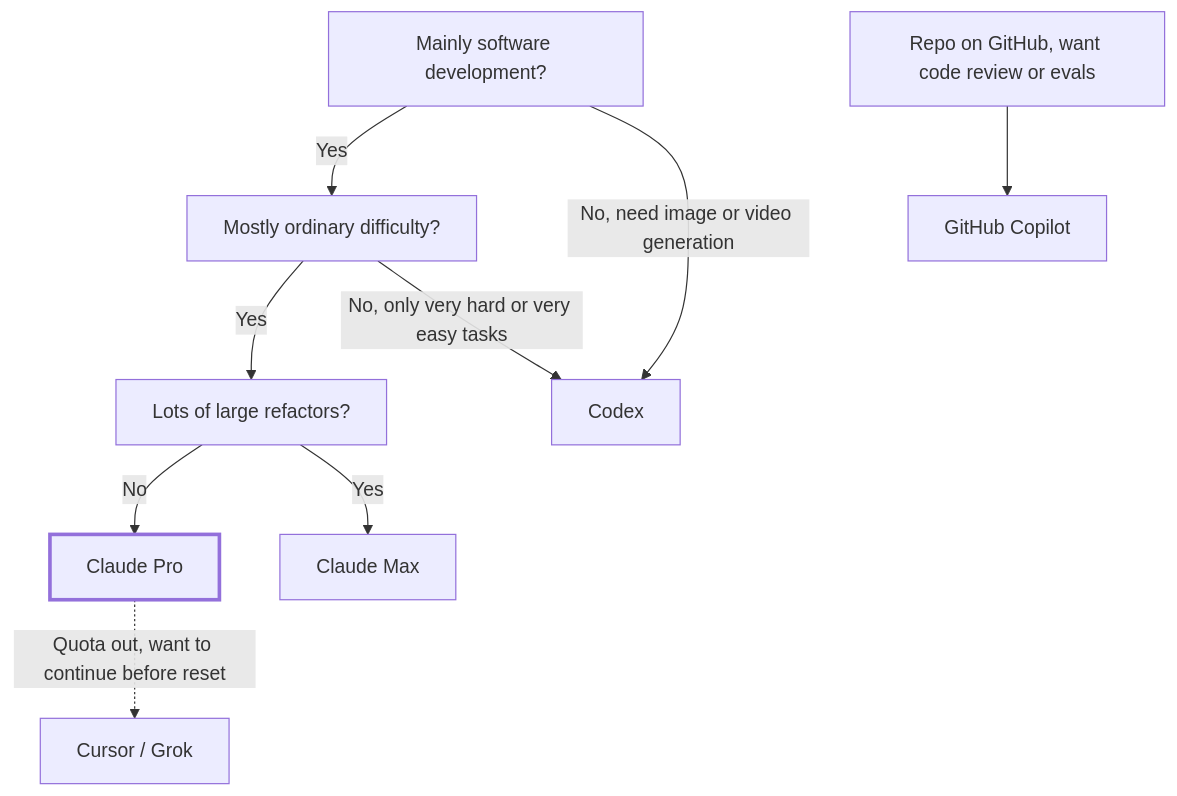
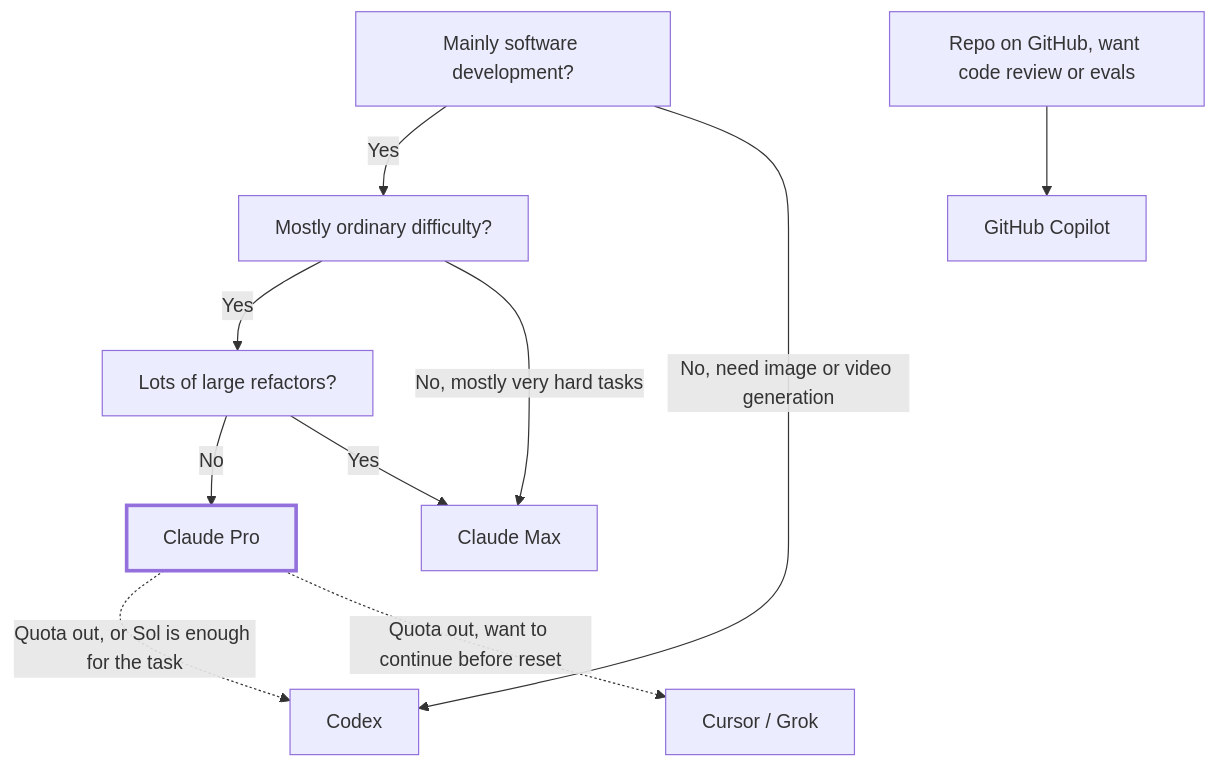
Before and after one commit to akunzai/akunzai.github.io: the diagram in src/content/docs/en/blog/pro-is-enough.md, drawn with Mermaid. The commit also changed other lines of this file and 1 other file, not shown here.

Commit message:
docs(blog): update pro-is-enough for GPT-6.1 Sol

````diff
--- a/src/content/docs/en/blog/pro-is-enough.md
+++ b/src/content/docs/en/blog/pro-is-enough.md
@@ -127,12 +136,13 @@
 ```mermaid
 flowchart TD
     A[Mainly software development?] -->|Yes| B[Mostly ordinary difficulty?]
     A -->|No, need image or video generation| X[Codex]
     B -->|Yes| C[Lots of large refactors?]
-    B -->|No, only very hard or very easy tasks| X
+    B -->|No, mostly very hard tasks| M
+    P -.Quota out, or Sol is enough for the task.-> X
     C -->|No| P[Claude Pro]
     C -->|Yes| M[Claude Max]
     P -.Quota out, want to continue before reset.-> R[Cursor / Grok]
     G[Repo on GitHub, want code review or evals] --> H[GitHub Copilot]
     style P stroke-width:3px
 ```
````
